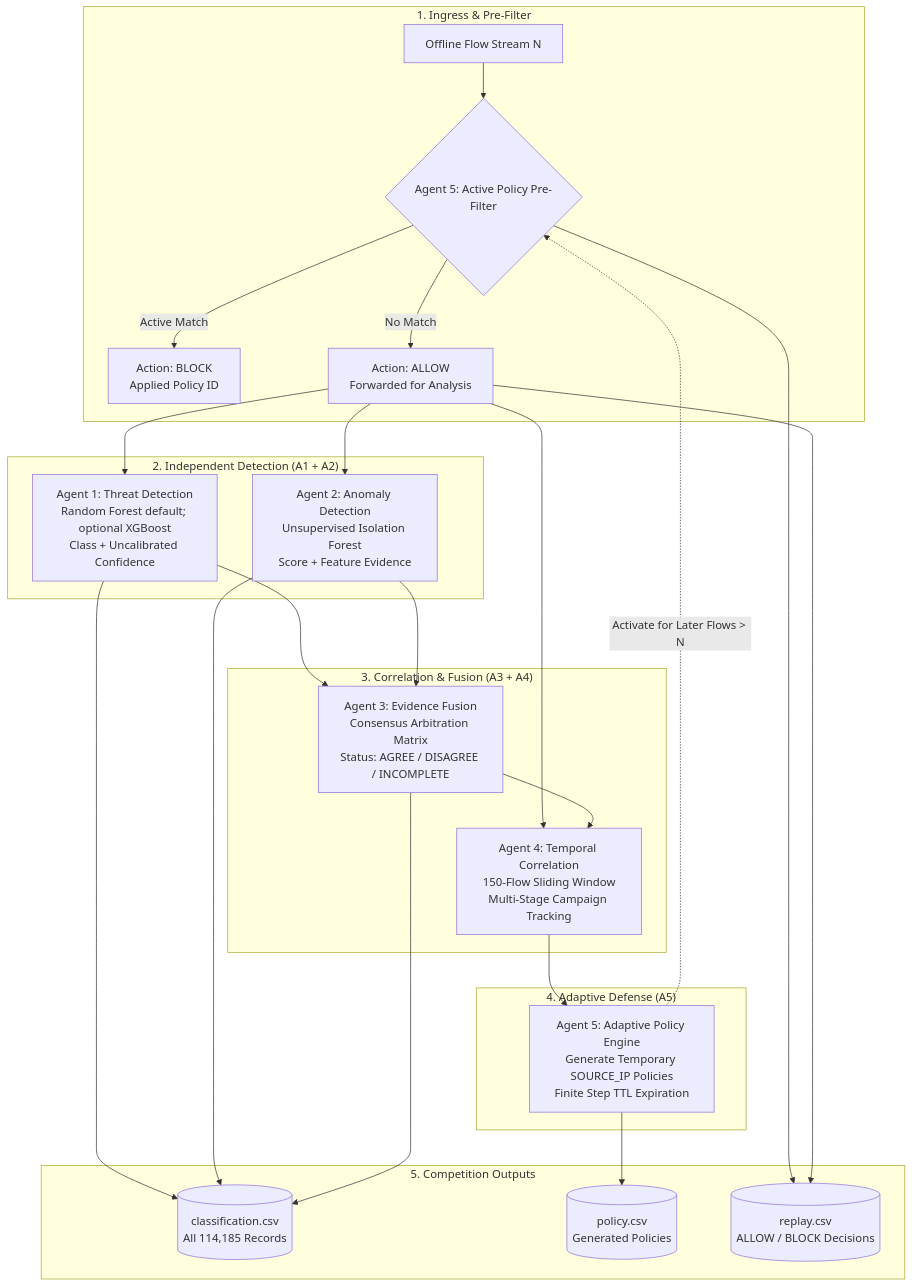
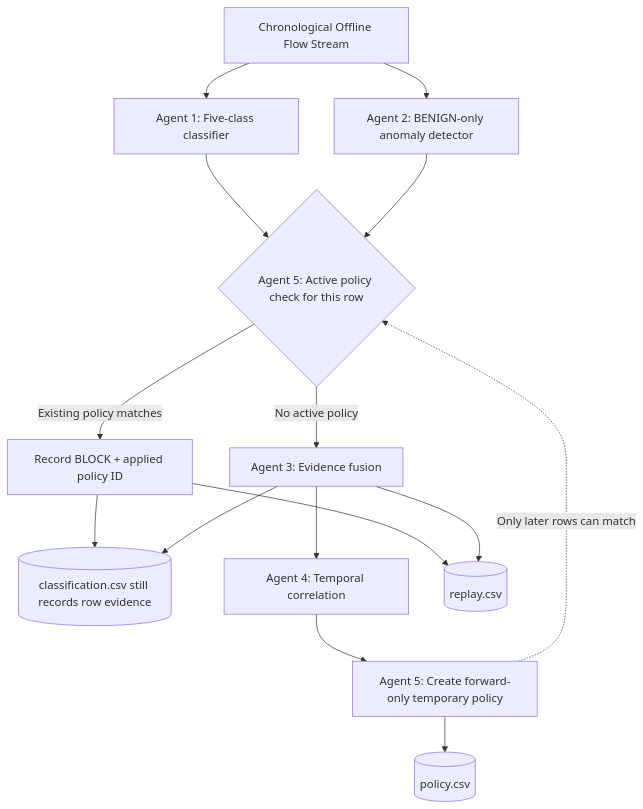
The diagram in docs/architecture.md (Aarush-JIIT-2030/jai), drawn with Mermaid before and after one commit. The commit also changed other lines of this file, not shown here.

Commit message:
docs: align architecture with implemented agent contracts

````diff
--- a/docs/architecture.md
+++ b/docs/architecture.md
@@ -7,31 +7,17 @@
 ```mermaid
 flowchart TD
-    subgraph Ingress ["1. Ingress & Pre-Filter"]
-        A[Offline Flow Stream N] --> PF{Agent 5: Active Policy Pre-Filter}
-        PF -->|Active Match| BLK[Action: BLOCK<br/>Applied Policy ID]
-        PF -->|No Match| ALW[Action: ALLOW<br/>Forwarded for Analysis]
-    end
-
-    subgraph Detection ["2. Independent Detection (A1 + A2)"]
-        ALW --> D1[Agent 1: Threat Detection<br/>Random Forest default; optional XGBoost<br/>Class + Uncalibrated Confidence]
-        ALW --> D2[Agent 2: Anomaly Detection<br/>Unsupervised Isolation Forest<br/>Score + Feature Evidence]
-    end
-
-    subgraph FusionAndCorrelation ["3. Correlation & Fusion (A3 + A4)"]
-        D1 --> F3[Agent 3: Evidence Fusion<br/>Consensus Arbitration Matrix<br/>Status: AGREE / DISAGREE / INCOMPLETE]
-        D2 --> F3
-        ALW --> C4[Agent 4: Temporal Correlation<br/>150-Flow Sliding Window<br/>Multi-Stage Campaign Tracking]
-        F3 --> C4
-    end
-
-    subgraph DefenseResponse ["4. Adaptive Defense (A5)"]
-        C4 --> R5[Agent 5: Adaptive Policy Engine<br/>Generate Temporary SOURCE_IP Policies<br/>Finite Step TTL Expiration]
-        R5 -.->|Activate for Later Flows > N| PF
-    end
-
-    subgraph Submission ["5. Competition Outputs"]
-        D1 & D2 & F3 --> CSV1[(classification.csv<br/>All 114,185 Records)]
-        R5 --> CSV2[(policy.csv<br/>Generated Policies)]
-        PF & ALW --> CSV3[(replay.csv<br/>ALLOW / BLOCK Decisions)]
-    end
+    A[Chronological Offline Flow Stream] --> D1[Agent 1: Five-class classifier]
+    A --> D2[Agent 2: BENIGN-only anomaly detector]
+    D1 --> PF{Agent 5: Active policy check for this row}
+    D2 --> PF
+    PF -->|Existing policy matches| B[Record BLOCK + applied policy ID]
+    PF -->|No active policy| F3[Agent 3: Evidence fusion]
+    B --> C1[(classification.csv still records row evidence)]
+    F3 --> C1
+    F3 --> C4[Agent 4: Temporal correlation]
+    C4 --> R5[Agent 5: Create forward-only temporary policy]
+    R5 --> P[(policy.csv)]
+    B --> R[(replay.csv)]
+    F3 --> R
+    R5 -.->|Only later rows can match| PF
 ```
````
